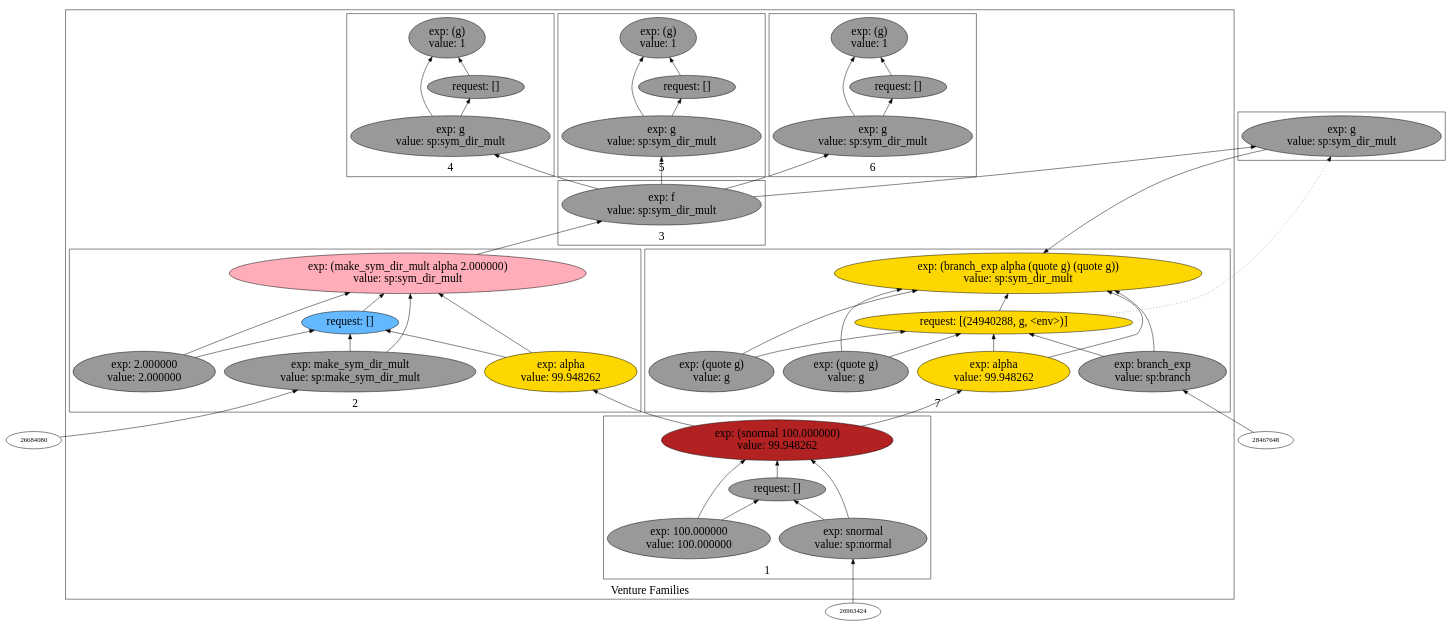
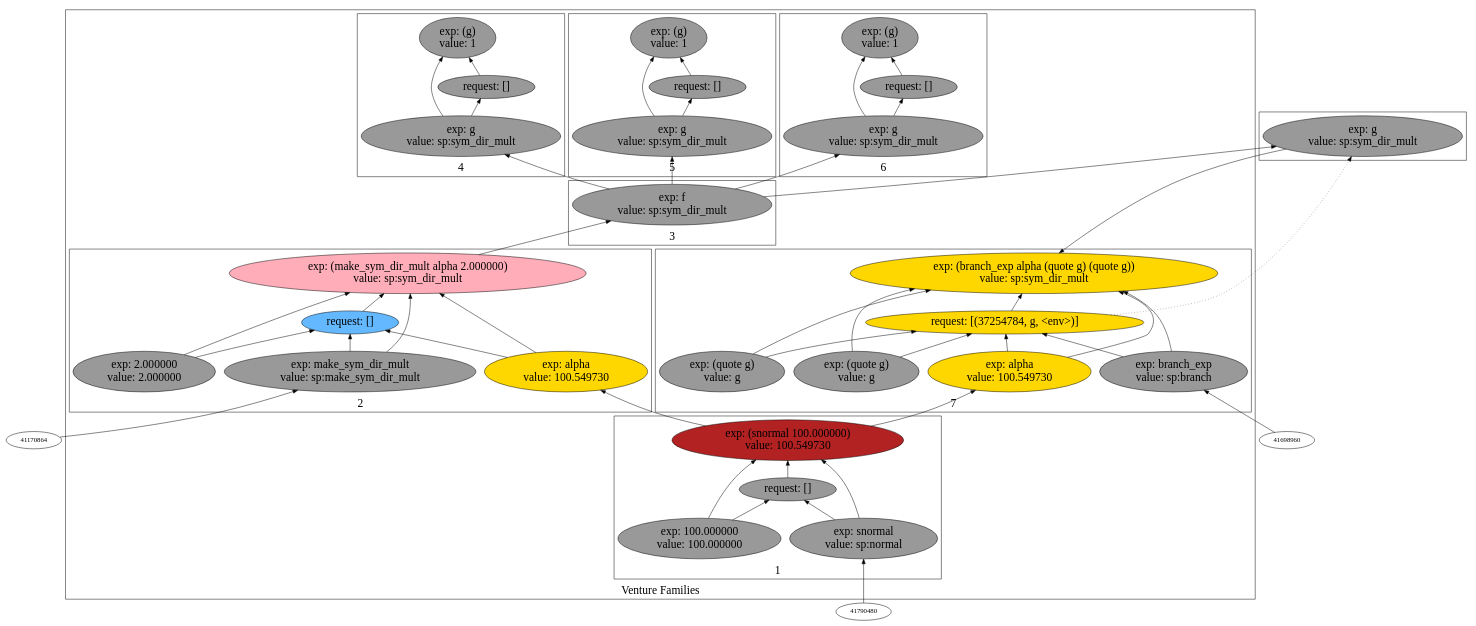
The diagram in backend/cxx/graphs/aaa_challenge_with_aaa/dot5.dot (probcomp/Venturecxx), drawn with Graphviz before and after one commit. The commit also changed 326 other files, not shown here.

Commit message:
Added several draft schematics

```diff
--- a/backend/cxx/graphs/aaa_challenge_with_aaa/dot5.dot
+++ b/backend/cxx/graphs/aaa_challenge_with_aaa/dot5.dot
@@ -5,105 +5,105 @@
 label="Venture Families"
 subgraph cluster2 {
 label="1"
-"23627488"["fillcolor"="firebrick" "fontsize"="24" "label"="exp: (snormal 100.000000)\nvalue: 99.948262" "shape"="ellipse" "style"="filled" ]
-"27074384"["fillcolor"="grey60" "fontsize"="24" "label"="request: []" "shape"="ellipse" "style"="filled" ]
-"21574256"["fillcolor"="grey60" "fontsize"="24" "label"="exp: snormal\nvalue: sp:normal" "shape"="ellipse" "style"="filled" ]
-"21564608"["fillcolor"="grey60" "fontsize"="24" "label"="exp: 100.000000\nvalue: 100.000000" "shape"="ellipse" "style"="filled" ]
+"36828112"["fillcolor"="firebrick" "fontsize"="24" "label"="exp: (snormal 100.000000)\nvalue: 100.549730" "shape"="ellipse" "style"="filled" ]
+"41282896"["fillcolor"="grey60" "fontsize"="24" "label"="request: []" "shape"="ellipse" "style"="filled" ]
+"37170512"["fillcolor"="grey60" "fontsize"="24" "label"="exp: snormal\nvalue: sp:normal" "shape"="ellipse" "style"="filled" ]
+"35601072"["fillcolor"="grey60" "fontsize"="24" "label"="exp: 100.000000\nvalue: 100.000000" "shape"="ellipse" "style"="filled" ]
 }
 
 subgraph cluster3 {
 label="2"
-"21608528"["fillcolor"="lightpink1" "fontsize"="24" "label"="exp: (make_sym_dir_mult alpha 2.000000)\nvalue: sp:sym_dir_mult" "shape"="ellipse" "style"="filled" ]
-"22672608"["fillcolor"="steelblue1" "fontsize"="24" "label"="request: []" "shape"="ellipse" "style"="filled" ]
-"21801008"["fillcolor"="grey60" "fontsize"="24" "label"="exp: make_sym_dir_mult\nvalue: sp:make_sym_dir_mult" "shape"="ellipse" "style"="filled" ]
-"21571136"["fillcolor"="gold" "fontsize"="24" "label"="exp: alpha\nvalue: 99.948262" "shape"="ellipse" "style"="filled" ]
-"22579328"["fillcolor"="grey60" "fontsize"="24" "label"="exp: 2.000000\nvalue: 2.000000" "shape"="ellipse" "style"="filled" ]
+"34675744"["fillcolor"="lightpink1" "fontsize"="24" "label"="exp: (make_sym_dir_mult alpha 2.000000)\nvalue: sp:sym_dir_mult" "shape"="ellipse" "style"="filled" ]
+"35342768"["fillcolor"="steelblue1" "fontsize"="24" "label"="request: []" "shape"="ellipse" "style"="filled" ]
+"35112672"["fillcolor"="grey60" "fontsize"="24" "label"="exp: make_sym_dir_mult\nvalue: sp:make_sym_dir_mult" "shape"="ellipse" "style"="filled" ]
+"35588656"["fillcolor"="gold" "fontsize"="24" "label"="exp: alpha\nvalue: 100.549730" "shape"="ellipse" "style"="filled" ]
+"35128112"["fillcolor"="grey60" "fontsize"="24" "label"="exp: 2.000000\nvalue: 2.000000" "shape"="ellipse" "style"="filled" ]
 }
 
 subgraph cluster4 {
 label="3"
-"24939776"["fillcolor"="grey60" "fontsize"="24" "label"="exp: f\nvalue: sp:sym_dir_mult" "shape"="ellipse" "style"="filled" ]
+"36243120"["fillcolor"="grey60" "fontsize"="24" "label"="exp: f\nvalue: sp:sym_dir_mult" "shape"="ellipse" "style"="filled" ]
 }
 
 subgraph cluster5 {
 label="4"
-"22582864"["fillcolor"="grey60" "fontsize"="24" "label"="exp: (g)\nvalue: 1" "shape"="ellipse" "style"="filled" ]
-"23710592"["fillcolor"="grey60" "fontsize"="24" "label"="request: []" "shape"="ellipse" "style"="filled" ]
-"23304768"["fillcolor"="grey60" "fontsize"="24" "label"="exp: g\nvalue: sp:sym_dir_mult" "shape"="ellipse" "style"="filled" ]
+"34747040"["fillcolor"="grey60" "fontsize"="24" "label"="exp: (g)\nvalue: 1" "shape"="ellipse" "style"="filled" ]
+"36593296"["fillcolor"="grey60" "fontsize"="24" "label"="request: []" "shape"="ellipse" "style"="filled" ]
+"36640224"["fillcolor"="grey60" "fontsize"="24" "label"="exp: g\nvalue: sp:sym_dir_mult" "shape"="ellipse" "style"="filled" ]
 }
 
 subgraph cluster6 {
 label="5"
-"24625888"["fillcolor"="grey60" "fontsize"="24" "label"="exp: (g)\nvalue: 1" "shape"="ellipse" "style"="filled" ]
-"24181936"["fillcolor"="grey60" "fontsize"="24" "label"="request: []" "shape"="ellipse" "style"="filled" ]
-"23051008"["fillcolor"="grey60" "fontsize"="24" "label"="exp: g\nvalue: sp:sym_dir_mult" "shape"="ellipse" "style"="filled" ]
+"36129440"["fillcolor"="grey60" "fontsize"="24" "label"="exp: (g)\nvalue: 1" "shape"="ellipse" "style"="filled" ]
+"34848512"["fillcolor"="grey60" "fontsize"="24" "label"="request: []" "shape"="ellipse" "style"="filled" ]
+"36839072"["fillcolor"="grey60" "fontsize"="24" "label"="exp: g\nvalue: sp:sym_dir_mult" "shape"="ellipse" "style"="filled" ]
 }
 
 subgraph cluster7 {
 label="6"
-"22059072"["fillcolor"="grey60" "fontsize"="24" "label"="exp: (g)\nvalue: 1" "shape"="ellipse" "style"="filled" ]
-"24988336"["fillcolor"="grey60" "fontsize"="24" "label"="request: []" "shape"="ellipse" "style"="filled" ]
-"25014224"["fillcolor"="grey60" "fontsize"="24" "label"="exp: g\nvalue: sp:sym_dir_mult" "shape"="ellipse" "style"="filled" ]
+"36121328"["fillcolor"="grey60" "fontsize"="24" "label"="exp: (g)\nvalue: 1" "shape"="ellipse" "style"="filled" ]
+"36865616"["fillcolor"="grey60" "fontsize"="24" "label"="request: []" "shape"="ellipse" "style"="filled" ]
+"37179568"["fillcolor"="grey60" "fontsize"="24" "label"="exp: g\nvalue: sp:sym_dir_mult" "shape"="ellipse" "style"="filled" ]
 }
 
 subgraph cluster8 {
 label="7"
-"23610064"["fillcolor"="gold" "fontsize"="24" "label"="exp: (branch_exp alpha (quote g) (quote g))\nvalue: sp:sym_dir_mult" "shape"="ellipse" "style"="filled" ]
-"24940288"["fillcolor"="gold" "fontsize"="24" "label"="request: [(24940288, g, <env>)]" "shape"="ellipse" "style"="filled" ]
-"20391696"["fillcolor"="grey60" "fontsize"="24" "label"="exp: branch_exp\nvalue: sp:branch" "shape"="ellipse" "style"="filled" ]
-"21616208"["fillcolor"="gold" "fontsize"="24" "label"="exp: alpha\nvalue: 99.948262" "shape"="ellipse" "style"="filled" ]
-"19076864"["fillcolor"="grey60" "fontsize"="24" "label"="exp: (quote g)\nvalue: g" "shape"="ellipse" "style"="filled" ]
-"28719440"["fillcolor"="grey60" "fontsize"="24" "label"="exp: (quote g)\nvalue: g" "shape"="ellipse" "style"="filled" ]
+"35549456"["fillcolor"="gold" "fontsize"="24" "label"="exp: (branch_exp alpha (quote g) (quote g))\nvalue: sp:sym_dir_mult" "shape"="ellipse" "style"="filled" ]
+"37254784"["fillcolor"="gold" "fontsize"="24" "label"="request: [(37254784, g, <env>)]" "shape"="ellipse" "style"="filled" ]
+"37726128"["fillcolor"="grey60" "fontsize"="24" "label"="exp: branch_exp\nvalue: sp:branch" "shape"="ellipse" "style"="filled" ]
+"36870592"["fillcolor"="gold" "fontsize"="24" "label"="exp: alpha\nvalue: 100.549730" "shape"="ellipse" "style"="filled" ]
+"33142112"["fillcolor"="grey60" "fontsize"="24" "label"="exp: (quote g)\nvalue: g" "shape"="ellipse" "style"="filled" ]
+"37154352"["fillcolor"="grey60" "fontsize"="24" "label"="exp: (quote g)\nvalue: g" "shape"="ellipse" "style"="filled" ]
 }
 
 }
 
 subgraph cluster9 {
 label=""
-"21600256"["fillcolor"="grey60" "fontsize"="24" "label"="exp: g\nvalue: sp:sym_dir_mult" "shape"="ellipse" "style"="filled" ]
+"35141008"["fillcolor"="grey60" "fontsize"="24" "label"="exp: g\nvalue: sp:sym_dir_mult" "shape"="ellipse" "style"="filled" ]
 }
 
-"24939776" -> "21600256"["arrowhead"="normal" "color"="black" "constraint"="true" "style"="solid" ]
-"21801008" -> "21608528"["arrowhead"="normal" "color"="black" "constraint"="true" "style"="solid" ]
-"21801008" -> "22672608"["arrowhead"="normal" "color"="black" "constraint"="true" "style"="solid" ]
-"26684080" -> "21801008"["arrowhead"="normal" "color"="black" "constraint"="true" "style"="solid" ]
-"21571136" -> "21608528"["arrowhead"="normal" "color"="black" "constraint"="true" "style"="solid" ]
-"21571136" -> "22672608"["arrowhead"="normal" "color"="black" "constraint"="true" "style"="solid" ]
-"23627488" -> "21571136"["arrowhead"="normal" "color"="black" "constraint"="true" "style"="solid" ]
-"22579328" -> "21608528"["arrowhead"="normal" "color"="black" "constraint"="true" "style"="solid" ]
-"22579328" -> "22672608"["arrowhead"="normal" "color"="black" "constraint"="true" "style"="solid" ]
-"22672608" -> "21608528"["arrowhead"="normal" "color"="black" "constraint"="true" "style"="solid" ]
-"25014224" -> "22059072"["arrowhead"="normal" "color"="black" "constraint"="true" "style"="solid" ]
-"25014224" -> "24988336"["arrowhead"="normal" "color"="black" "constraint"="true" "style"="solid" ]
-"24939776" -> "25014224"["arrowhead"="normal" "color"="black" "constraint"="true" "style"="solid" ]
-"24988336" -> "22059072"["arrowhead"="normal" "color"="black" "constraint"="true" "style"="solid" ]
-"23304768" -> "22582864"["arrowhead"="normal" "color"="black" "constraint"="true" "style"="solid" ]
-"23304768" -> "23710592"["arrowhead"="normal" "color"="black" "constraint"="true" "style"="solid" ]
-"24939776" -> "23304768"["arrowhead"="normal" "color"="black" "constraint"="true" "style"="solid" ]
-"23710592" -> "22582864"["arrowhead"="normal" "color"="black" "constraint"="true" "style"="solid" ]
-"20391696" -> "23610064"["arrowhead"="normal" "color"="black" "constraint"="true" "style"="solid" ]
-"20391696" -> "24940288"["arrowhead"="normal" "color"="black" "constraint"="true" "style"="solid" ]
-"28467648" -> "20391696"["arrowhead"="normal" "color"="black" "constraint"="true" "style"="solid" ]
-"21616208" -> "23610064"["arrowhead"="normal" "color"="black" "constraint"="true" "style"="solid" ]
-"21616208" -> "24940288"["arrowhead"="normal" "color"="black" "constraint"="true" "style"="solid" ]
-"23627488" -> "21616208"["arrowhead"="normal" "color"="black" "constraint"="true" "style"="solid" ]
-"19076864" -> "23610064"["arrowhead"="normal" "color"="black" "constraint"="true" "style"="solid" ]
-"19076864" -> "24940288"["arrowhead"="normal" "color"="black" "constraint"="true" "style"="solid" ]
-"28719440" -> "23610064"["arrowhead"="normal" "color"="black" "constraint"="true" "style"="solid" ]
-"28719440" -> "24940288"["arrowhead"="normal" "color"="black" "constraint"="true" "style"="solid" ]
-"24940288" -> "23610064"["arrowhead"="normal" "color"="black" "constraint"="true" "style"="solid" ]
-"21600256" -> "23610064"["arrowhead"="normal" "color"="black" "constraint"="true" "style"="solid" ]
-"24940288" -> "21600256"["arrowhead"="normal" "color"="black" "constraint"="false" "style"="dotted" ]
-"21574256" -> "23627488"["arrowhead"="normal" "color"="black" "constraint"="true" "style"="solid" ]
-"21574256" -> "27074384"["arrowhead"="normal" "color"="black" "constraint"="true" "style"="solid" ]
-"26963424" -> "21574256"["arrowhead"="normal" "color"="black" "constraint"="true" "style"="solid" ]
-"21564608" -> "23627488"["arrowhead"="normal" "color"="black" "constraint"="true" "style"="solid" ]
-"21564608" -> "27074384"["arrowhead"="normal" "color"="black" "constraint"="true" "style"="solid" ]
-"27074384" -> "23627488"["arrowhead"="normal" "color"="black" "constraint"="true" "style"="solid" ]
-"23051008" -> "24625888"["arrowhead"="normal" "color"="black" "constraint"="true" "style"="solid" ]
-"23051008" -> "24181936"["arrowhead"="normal" "color"="black" "constraint"="true" "style"="solid" ]
-"24939776" -> "23051008"["arrowhead"="normal" "color"="black" "constraint"="true" "style"="solid" ]
-"24181936" -> "24625888"["arrowhead"="normal" "color"="black" "constraint"="true" "style"="solid" ]
-"21608528" -> "24939776"["arrowhead"="normal" "color"="black" "constraint"="true" "style"="solid" ]
+"35112672" -> "34675744"["arrowhead"="normal" "color"="black" "constraint"="true" "style"="solid" ]
+"35112672" -> "35342768"["arrowhead"="normal" "color"="black" "constraint"="true" "style"="solid" ]
+"41170864" -> "35112672"["arrowhead"="normal" "color"="black" "constraint"="true" "style"="solid" ]
+"35588656" -> "34675744"["arrowhead"="normal" "color"="black" "constraint"="true" "style"="solid" ]
+"35588656" -> "35342768"["arrowhead"="normal" "color"="black" "constraint"="true" "style"="solid" ]
+"36828112" -> "35588656"["arrowhead"="normal" "color"="black" "constraint"="true" "style"="solid" ]
+"35128112" -> "34675744"["arrowhead"="normal" "color"="black" "constraint"="true" "style"="solid" ]
+"35128112" -> "35342768"["arrowhead"="normal" "color"="black" "constraint"="true" "style"="solid" ]
+"35342768" -> "34675744"["arrowhead"="normal" "color"="black" "constraint"="true" "style"="solid" ]
+"36640224" -> "34747040"["arrowhead"="normal" "color"="black" "constraint"="true" "style"="solid" ]
+"36640224" -> "36593296"["arrowhead"="normal" "color"="black" "constraint"="true" "style"="solid" ]
+"36243120" -> "36640224"["arrowhead"="normal" "color"="black" "constraint"="true" "style"="solid" ]
+"36593296" -> "34747040"["arrowhead"="normal" "color"="black" "constraint"="true" "style"="solid" ]
+"36243120" -> "35141008"["arrowhead"="normal" "color"="black" "constraint"="true" "style"="solid" ]
+"37726128" -> "35549456"["arrowhead"="normal" "color"="black" "constraint"="true" "style"="solid" ]
+"37726128" -> "37254784"["arrowhead"="normal" "color"="black" "constraint"="true" "style"="solid" ]
+"41698960" -> "37726128"["arrowhead"="normal" "color"="black" "constraint"="true" "style"="solid" ]
+"36870592" -> "35549456"["arrowhead"="normal" "color"="black" "constraint"="true" "style"="solid" ]
+"36870592" -> "37254784"["arrowhead"="normal" "color"="black" "constraint"="true" "style"="solid" ]
+"36828112" -> "36870592"["arrowhead"="normal" "color"="black" "constraint"="true" "style"="solid" ]
+"33142112" -> "35549456"["arrowhead"="normal" "color"="black" "constraint"="true" "style"="solid" ]
+"33142112" -> "37254784"["arrowhead"="normal" "color"="black" "constraint"="true" "style"="solid" ]
+"37154352" -> "35549456"["arrowhead"="normal" "color"="black" "constraint"="true" "style"="solid" ]
+"37154352" -> "37254784"["arrowhead"="normal" "color"="black" "constraint"="true" "style"="solid" ]
+"37254784" -> "35549456"["arrowhead"="normal" "color"="black" "constraint"="true" "style"="solid" ]
+"35141008" -> "35549456"["arrowhead"="normal" "color"="black" "constraint"="true" "style"="solid" ]
+"37254784" -> "35141008"["arrowhead"="normal" "color"="black" "constraint"="false" "style"="dotted" ]
+"37179568" -> "36121328"["arrowhead"="normal" "color"="black" "constraint"="true" "style"="solid" ]
+"37179568" -> "36865616"["arrowhead"="normal" "color"="black" "constraint"="true" "style"="solid" ]
+"36243120" -> "37179568"["arrowhead"="normal" "color"="black" "constraint"="true" "style"="solid" ]
+"36865616" -> "36121328"["arrowhead"="normal" "color"="black" "constraint"="true" "style"="solid" ]
+"36839072" -> "36129440"["arrowhead"="normal" "color"="black" "constraint"="true" "style"="solid" ]
+"36839072" -> "34848512"["arrowhead"="normal" "color"="black" "constraint"="true" "style"="solid" ]
+"36243120" -> "36839072"["arrowhead"="normal" "color"="black" "constraint"="true" "style"="solid" ]
+"34848512" -> "36129440"["arrowhead"="normal" "color"="black" "constraint"="true" "style"="solid" ]
+"34675744" -> "36243120"["arrowhead"="normal" "color"="black" "constraint"="true" "style"="solid" ]
+"37170512" -> "36828112"["arrowhead"="normal" "color"="black" "constraint"="true" "style"="solid" ]
+"37170512" -> "41282896"["arrowhead"="normal" "color"="black" "constraint"="true" "style"="solid" ]
+"41790480" -> "37170512"["arrowhead"="normal" "color"="black" "constraint"="true" "style"="solid" ]
+"35601072" -> "36828112"["arrowhead"="normal" "color"="black" "constraint"="true" "style"="solid" ]
+"35601072" -> "41282896"["arrowhead"="normal" "color"="black" "constraint"="true" "style"="solid" ]
+"41282896" -> "36828112"["arrowhead"="normal" "color"="black" "constraint"="true" "style"="solid" ]
 
 }
```
